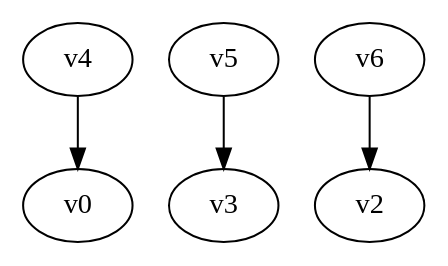
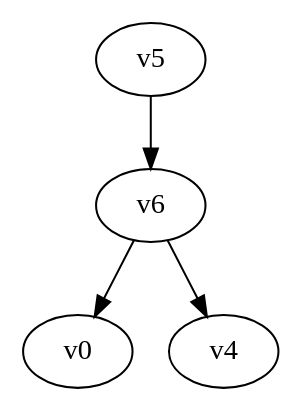
Before and after one commit to yadej/graph_project: the diagram in digraph.dot, drawn with Graphviz. The commit also changed 2 other files, not shown here.

```diff
--- a/digraph.dot
+++ b/digraph.dot
@@ -1,5 +1,5 @@
 digraph G { 
-v4 -> v0;
-v5 -> v3;
-v6 -> v2;
+v5 -> v6;
+v6 -> v0;
+v6 -> v4;
 }
```
